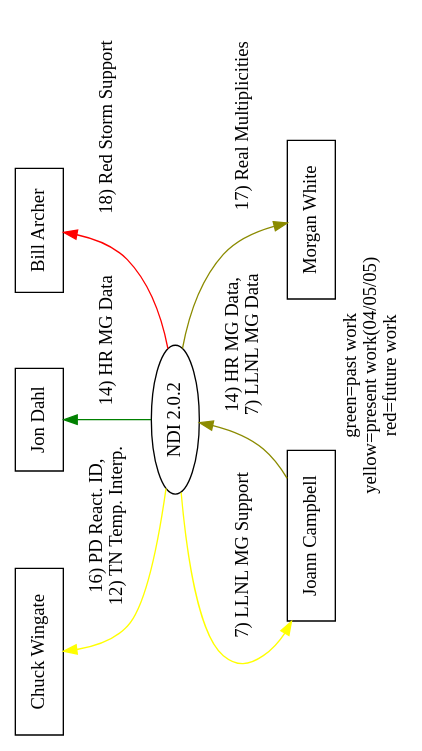
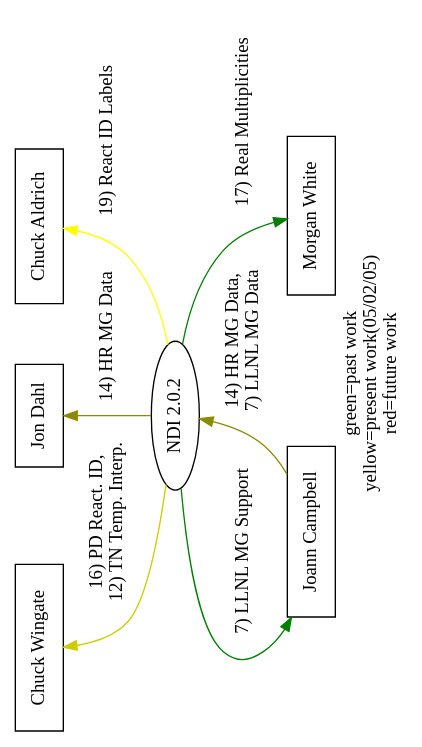
The diagram in doc/reqt/context_2.0.2.dot (lanl/ndi), drawn with Graphviz before and after one commit. The commit also changed 4 other files, not shown here.

```diff
--- a/doc/reqt/context_2.0.2.dot
+++ b/doc/reqt/context_2.0.2.dot
@@ -1,25 +1,25 @@
 digraph ndi {
 	orientation=landscape;
-	label="green=past work\nyellow=present work(04/05/05)\nred=future work";
+	label="green=past work\nyellow=present work(05/02/05)\nred=future work";
 	node[shape="box"];
 
 	/* stakeholders */
 	caw[label="Chuck Wingate"];
 	dahl[label="Jon Dahl"];
-	barcher[label="Bill Archer"];
+	aldrich[label="Chuck Aldrich"];
 	jomc[label="Joann Campbell"];
 	morgan[label="Morgan White"];
 
 	/* project */
 	ndi[label="NDI 2.0.2", shape="ellipse"];
 	
 	jomc -> ndi[label="14) HR MG Data,\n7) LLNL MG Data", color=yellow4];
-	ndi -> jomc[label="7) LLNL MG Support", color=yellow1];
-	ndi -> caw[label="16) PD React. ID,\n12) TN Temp. Interp.", color=yellow1];
-	ndi -> dahl[label="14) HR MG Data", color=green];
-	ndi -> barcher[label="18) Red Storm Support", color=red];
-	ndi -> morgan[label="17) Real Multiplicities", color=yellow4];
+	ndi -> jomc[label="7) LLNL MG Support", color=green];
+	ndi -> caw[label="16) PD React. ID,\n12) TN Temp. Interp.", color=yellow3];
+	ndi -> dahl[label="14) HR MG Data", color=yellow4];
+	ndi -> aldrich[label="19) React ID Labels", color=yellow1];
+	ndi -> morgan[label="17) Real Multiplicities", color=green];
 
 	{rank = max; jomc; morgan}
-	{rank = min; caw; dahl; barcher}
+	{rank = min; caw; dahl; aldrich}
 }
```
